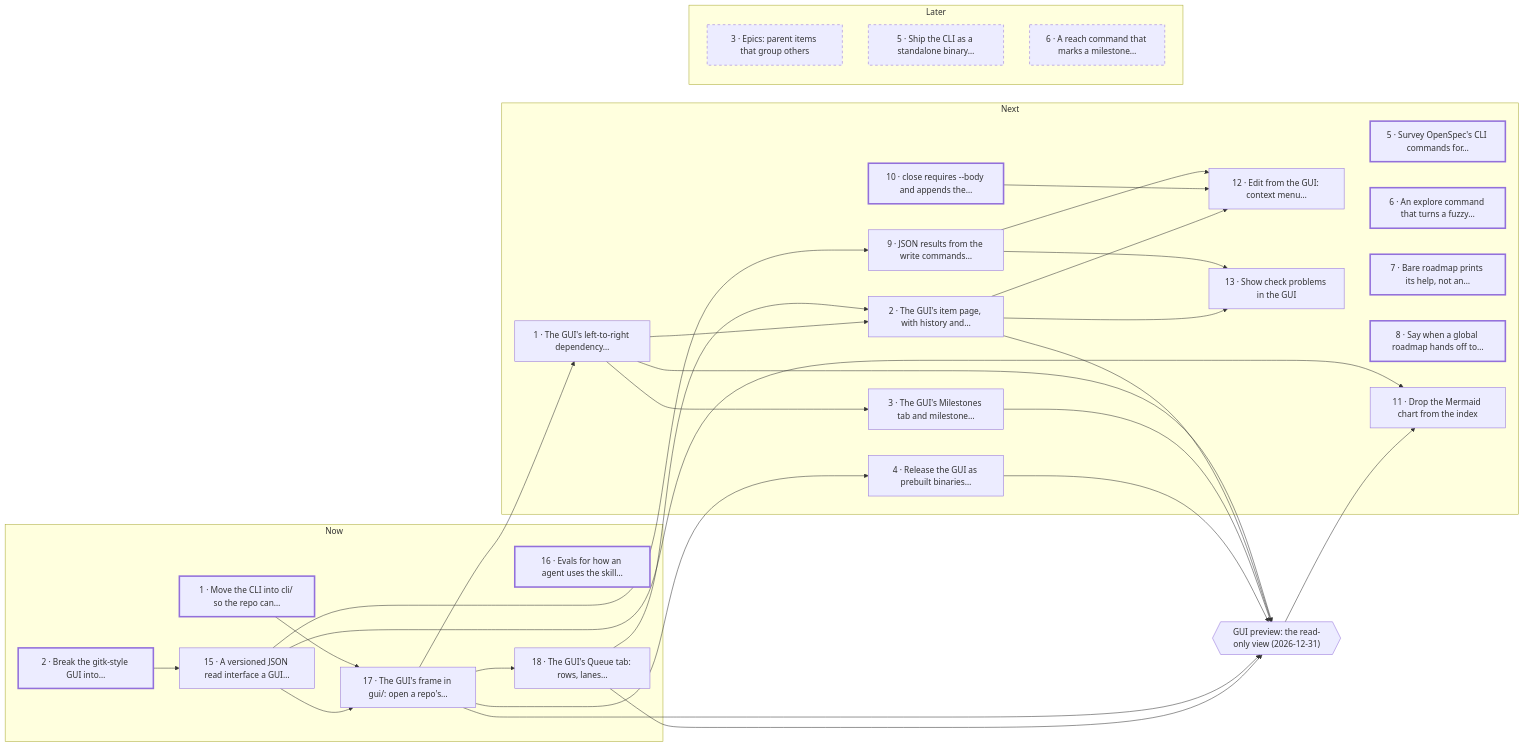
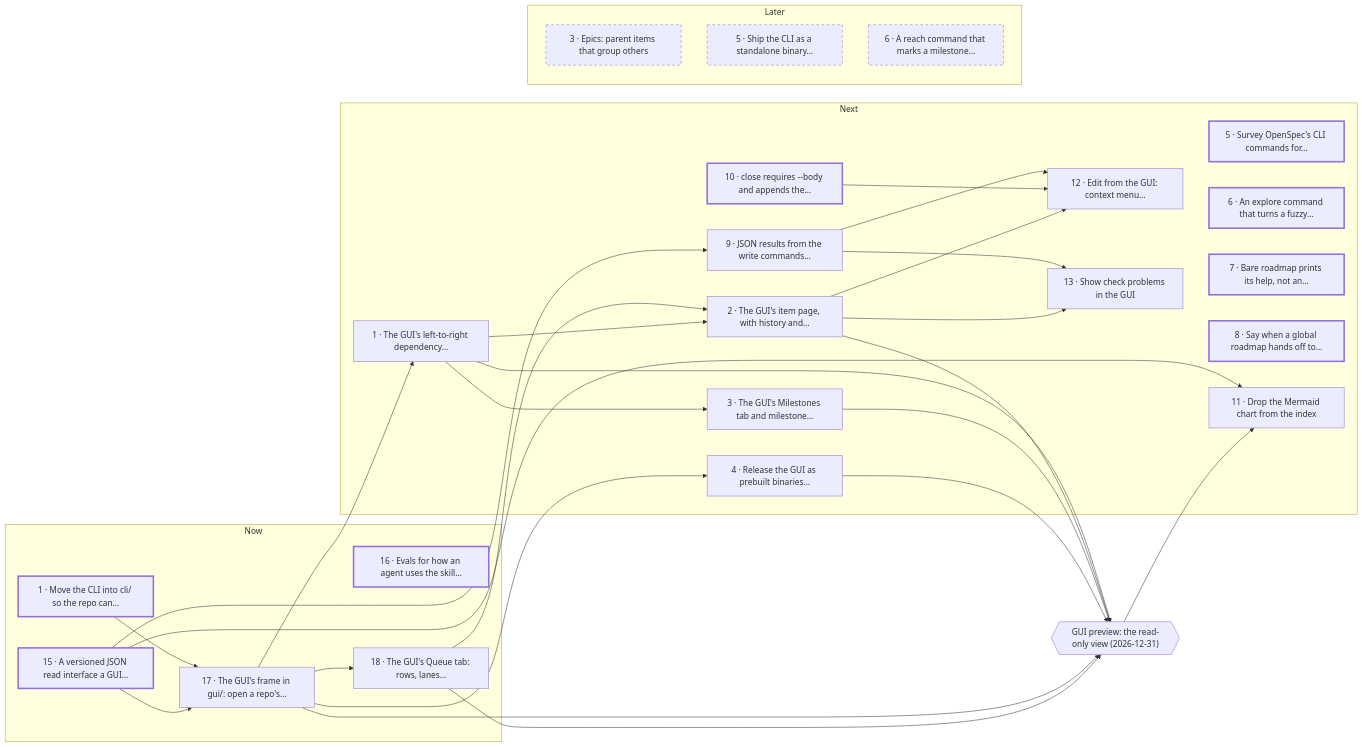
The diagram in roadmap/README.md (carby/simple-agentic-roadmap-skill), drawn with Mermaid before and after one commit. The commit also changed other lines of this file and 15 other files, not shown here.

Commit message:
docs(roadmap): close gui-breakdown as #41

````diff
--- a/roadmap/README.md
+++ b/roadmap/README.md
@@ -42,60 +42,58 @@
 ```mermaid
 flowchart LR
   subgraph b_now ["Now"]
     i_monorepo_move["1 · Move the CLI into cli/ so the repo can…"]
-    i_gui_breakdown["2 · Break the gitk-style GUI into…"]
     i_gui_read_interface["15 · A versioned JSON read interface a GUI…"]
     i_agent_behaviour_evals["16 · Evals for how an agent uses the skill…"]
     i_gui_scaffold["17 · The GUI's frame in gui/: open a repo's…"]
     i_gui_queue["18 · The GUI's Queue tab: rows, lanes…"]
   end
   subgraph b_next ["Next"]
     i_gui_dependency_graph["1 · The GUI's left-to-right dependency…"]
     i_gui_item_page["2 · The GUI's item page, with history and…"]
     i_gui_milestones["3 · The GUI's Milestones tab and milestone…"]
     i_gui_release["4 · Release the GUI as prebuilt binaries…"]
     i_openspec_command_parity["5 · Survey OpenSpec's CLI commands for…"]
     i_explore_command["6 · An explore command that turns a fuzzy…"]
     i_help_without_command["7 · Bare roadmap prints its help, not an…"]
     i_handoff_override["8 · Say when a global roadmap hands off to…"]
     i_json_write_results["9 · JSON results from the write commands…"]
     i_close_body["10 · close requires --body and appends the…"]
     i_drop_mermaid["11 · Drop the Mermaid chart from the index"]
     i_gui_editing["12 · Edit from the GUI: context menu…"]
     i_gui_check_panel["13 · Show check problems in the GUI"]
   end
   subgraph b_later ["Later"]
     i_epics["3 · Epics: parent items that group others"]
     i_standalone_binary["5 · Ship the CLI as a standalone binary…"]
     i_reach_command["6 · A reach command that marks a milestone…"]
   end
   b_now ~~~ b_next ~~~ b_later
-  i_gui_breakdown --> i_gui_read_interface
   i_monorepo_move --> i_gui_scaffold
   i_gui_read_interface --> i_gui_scaffold
   i_gui_scaffold --> i_gui_queue
   i_gui_scaffold --> i_gui_dependency_graph
   i_gui_queue --> i_gui_item_page
   i_gui_dependency_graph --> i_gui_item_page
   i_gui_dependency_graph --> i_gui_milestones
   i_gui_scaffold --> i_gui_release
   i_gui_read_interface --> i_json_write_results
   i_gui_read_interface --> i_drop_mermaid
   i_json_write_results --> i_gui_editing
   i_close_body --> i_gui_editing
   i_gui_item_page --> i_gui_editing
   i_json_write_results --> i_gui_check_panel
   i_gui_item_page --> i_gui_check_panel
   m_gui_preview{{"GUI preview: the read-only view (2026-12-31)"}}
   i_gui_scaffold --> m_gui_preview
   i_gui_queue --> m_gui_preview
   i_gui_dependency_graph --> m_gui_preview
   i_gui_item_page --> m_gui_preview
   i_gui_milestones --> m_gui_preview
   i_gui_release --> m_gui_preview
   m_gui_preview --> i_drop_mermaid
   classDef ready stroke-width: 3px
-  class i_monorepo_move,i_gui_breakdown,i_agent_behaviour_evals,i_openspec_command_parity,i_explore_command,i_help_without_command,i_handoff_override,i_close_body ready
+  class i_monorepo_move,i_gui_read_interface,i_agent_behaviour_evals,i_openspec_command_parity,i_explore_command,i_help_without_command,i_handoff_override,i_close_body ready
   classDef later stroke-dasharray: 5 5
   class i_epics,i_standalone_binary,i_reach_command later
 ```
````
